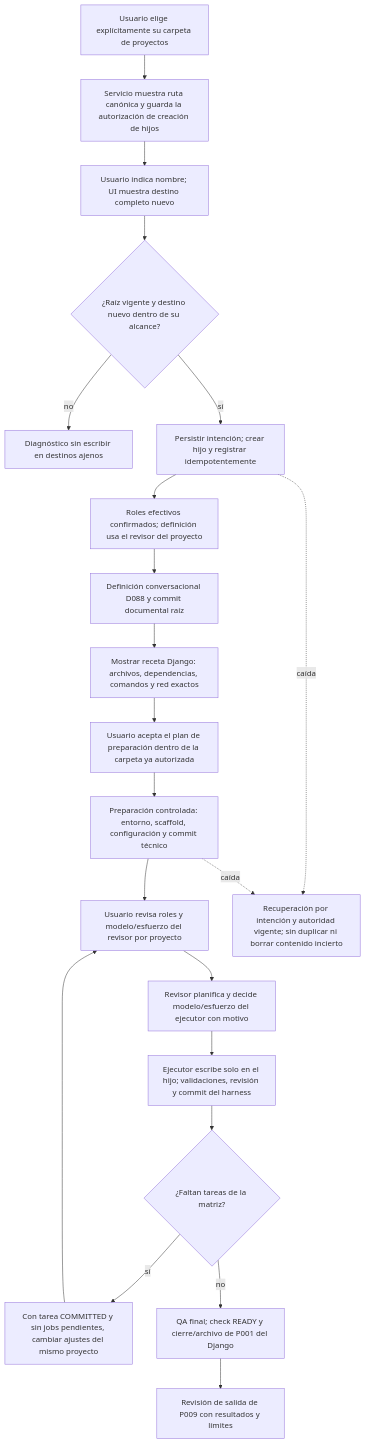
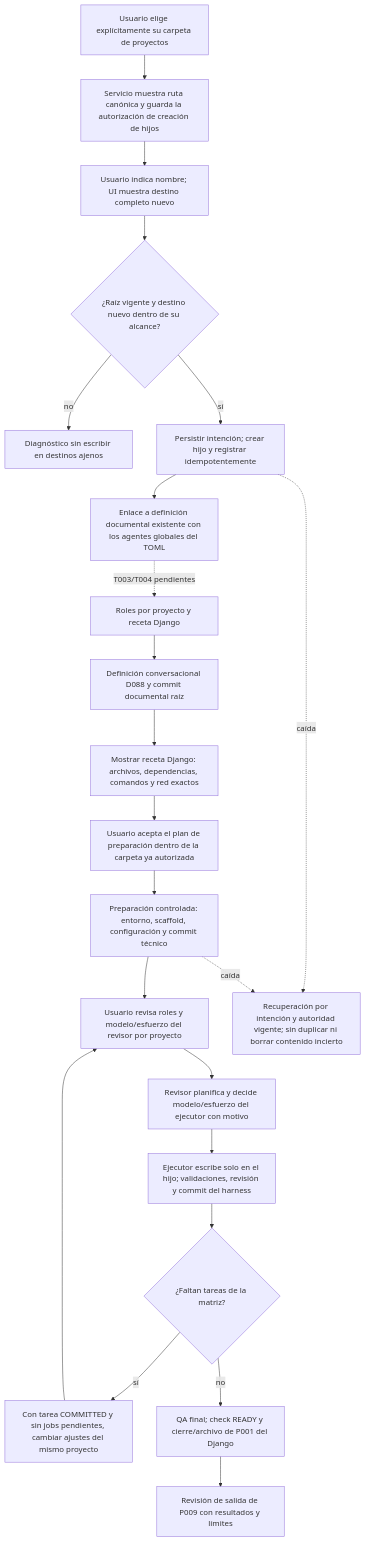
Before and after one commit to AcostaDDev/my-harness-archive: the first of 2 diagrams in docs/flows/project-creation.md, drawn with Mermaid. The commit also changed other lines of this file and 30 other files, not shown here.

````diff
--- a/docs/flows/project-creation.md
+++ b/docs/flows/project-creation.md
@@ -8,23 +9,24 @@
 ```mermaid
 flowchart TD
     U["Usuario elige explícitamente su carpeta de proyectos"] --> R["Servicio muestra ruta canónica y guarda la autorización de creación de hijos"]
     R --> N["Usuario indica nombre; UI muestra destino completo nuevo"]
     N --> V{"¿Raíz vigente y destino nuevo dentro de su alcance?"}
     V -- no --> X["Diagnóstico sin escribir en destinos ajenos"]
     V -- sí --> C["Persistir intención; crear hijo y registrar idempotentemente"]
-    C --> Q0["Roles efectivos confirmados; definición usa el revisor del proyecto"]
-    Q0 --> D["Definición conversacional D088 y commit documental raíz"]
-    D --> P["Mostrar receta Django: archivos, dependencias, comandos y red exactos"]
+    C --> D["Enlace a definición documental existente con los agentes globales del TOML"]
+    D -. "T003/T004 pendientes" .-> Q0["Roles por proyecto y receta Django"]
+    Q0 --> DC["Definición conversacional D088 y commit documental raíz"]
+    DC --> P["Mostrar receta Django: archivos, dependencias, comandos y red exactos"]
     P --> A["Usuario acepta el plan de preparación dentro de la carpeta ya autorizada"]
     A --> S["Preparación controlada: entorno, scaffold, configuración y commit técnico"]
     S --> Q["Usuario revisa roles y modelo/esfuerzo del revisor por proyecto"]
     Q --> E["Revisor planifica y decide modelo/esfuerzo del ejecutor con motivo"]
     E --> T["Ejecutor escribe solo en el hijo; validaciones, revisión y commit del harness"]
     T --> M{"¿Faltan tareas de la matriz?"}
     M -- sí --> B["Con tarea COMMITTED y sin jobs pendientes, cambiar ajustes del mismo proyecto"]
     B --> Q
     M -- no --> F["QA final; check READY y cierre/archivo de P001 del Django"]
     F --> I["Revisión de salida de P009 con resultados y límites"]
     C -. caída .-> Z["Recuperación por intención y autoridad vigente; sin duplicar ni borrar contenido incierto"]
     S -. caída .-> Z
 ```
````
